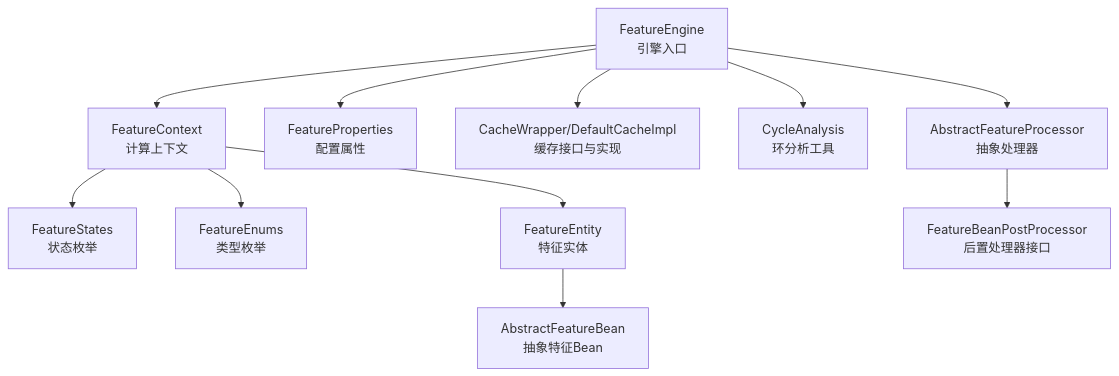
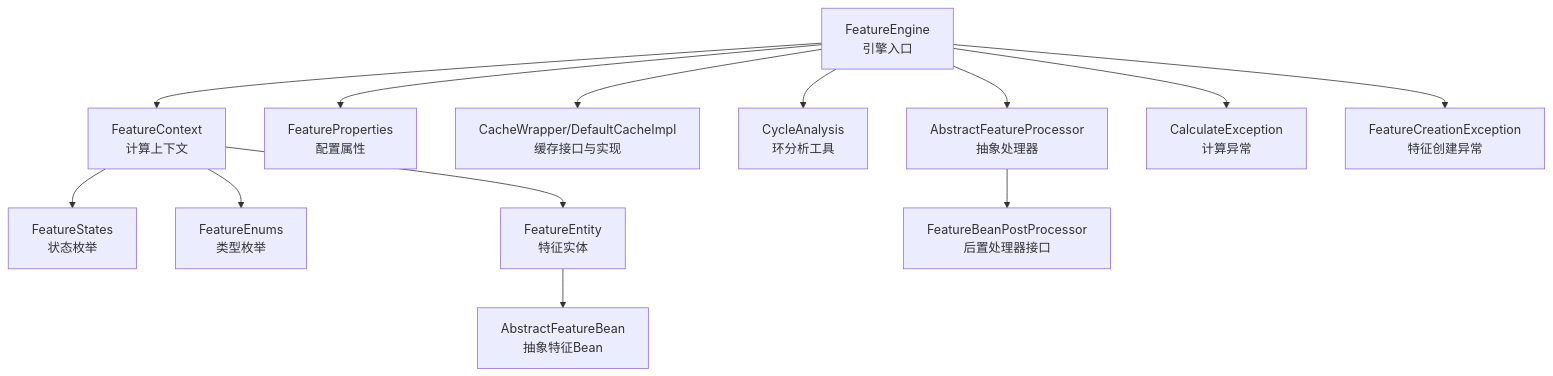
The first of 10 diagrams in .qoder/repowiki/zh/content/高级用法/高级用法.md (txzhanghuan/feature), drawn with Mermaid before and after one commit. The commit also changed other lines of this file and 18 other files, not shown here.

````diff
--- a/.qoder/repowiki/zh/content/高级用法/高级用法.md
+++ b/.qoder/repowiki/zh/content/高级用法/高级用法.md
@@ -74,13 +82,15 @@
 ```mermaid
 graph TB
 FE["FeatureEngine<br/>引擎入口"] --> FC["FeatureContext<br/>计算上下文"]
 FC --> FS["FeatureStates<br/>状态枚举"]
 FC --> FEI["FeatureEnums<br/>类型枚举"]
 FC --> ENT["FeatureEntity<br/>特征实体"]
 ENT --> ABS["AbstractFeatureBean<br/>抽象特征Bean"]
 FE --> PROP["FeatureProperties<br/>配置属性"]
 FE --> CW["CacheWrapper/DefaultCacheImpl<br/>缓存接口与实现"]
 FE --> CYC["CycleAnalysis<br/>环分析工具"]
 FE --> AFP["AbstractFeatureProcessor<br/>抽象处理器"]
 AFP --> FBPP["FeatureBeanPostProcessor<br/>后置处理器接口"]
+FE --> CE["CalculateException<br/>计算异常"]
+FE --> FCE["FeatureCreationException<br/>特征创建异常"]
 ```
````
